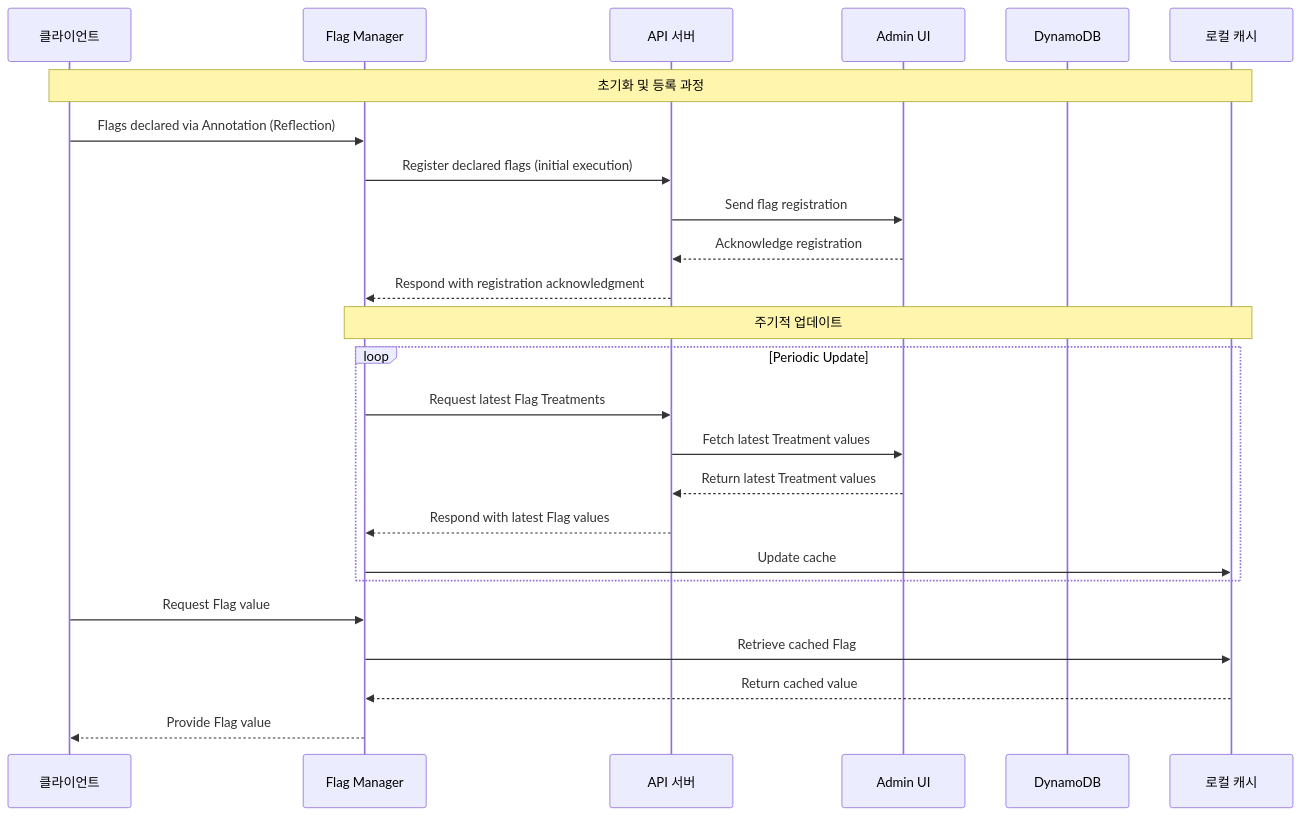
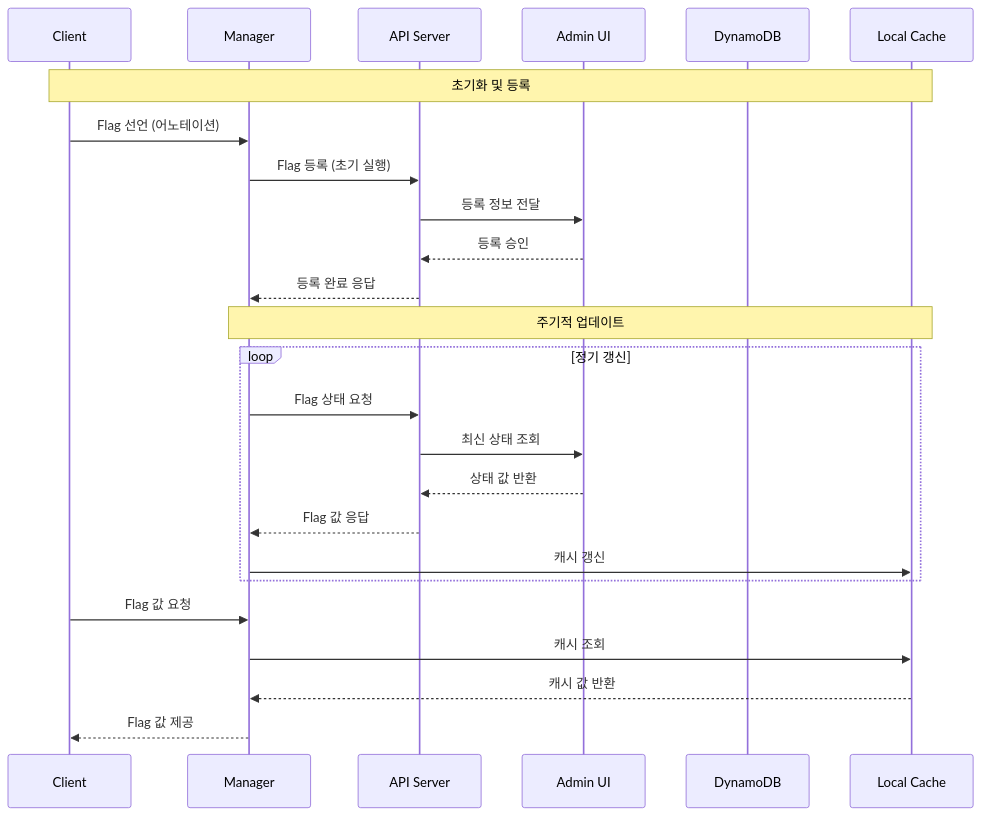
The diagram in _posts/2025-03-16-feature-flag.md (yeokyeong-yoon/yeokyeong-yoon.github.io), drawn with Mermaid before and after one commit. The commit also changed other lines of this file and 1 other file, not shown here.

Commit message:
Resize mermaid diagram

````diff
--- a/_posts/2025-03-16-feature-flag.md
+++ b/_posts/2025-03-16-feature-flag.md
@@ -19,30 +26,30 @@
 ```mermaid
 sequenceDiagram
-    participant Client as 클라이언트
-    participant Manager as Flag Manager
-    participant API as API 서버
-    participant Admin as Admin UI
-    participant DB as DynamoDB
-    participant Cache as 로컬 캐시
+    participant C as Client
+    participant M as Manager
+    participant A as API Server
+    participant U as Admin UI
+    participant D as DynamoDB
+    participant L as Local Cache
 
-    Note over Client,Cache: 초기화 및 등록 과정
-    Client->>Manager: Flags declared via Annotation (Reflection)
-    Manager->>API: Register declared flags (initial execution)
-    API->>Admin: Send flag registration
-    Admin-->>API: Acknowledge registration
-    API-->>Manager: Respond with registration acknowledgment
+    Note over C,L: 초기화 및 등록
+    C->>M: Flag 선언 (어노테이션)
+    M->>A: Flag 등록 (초기 실행)
+    A->>U: 등록 정보 전달
+    U-->>A: 등록 승인
+    A-->>M: 등록 완료 응답
 
-    Note over Manager,Cache: 주기적 업데이트
-    loop Periodic Update
-        Manager->>API: Request latest Flag Treatments
-        API->>Admin: Fetch latest Treatment values
-        Admin-->>API: Return latest Treatment values
-        API-->>Manager: Respond with latest Flag values
-        Manager->>Cache: Update cache
+    Note over M,L: 주기적 업데이트
+    loop 정기 갱신
+        M->>A: Flag 상태 요청
+        A->>U: 최신 상태 조회
+        U-->>A: 상태 값 반환
+        A-->>M: Flag 값 응답
+        M->>L: 캐시 갱신
     end
 
-    Client->>Manager: Request Flag value
-    Manager->>Cache: Retrieve cached Flag
-    Cache-->>Manager: Return cached value
-    Manager-->>Client: Provide Flag value
+    C->>M: Flag 값 요청
+    M->>L: 캐시 조회
+    L-->>M: 캐시 값 반환
+    M-->>C: Flag 값 제공
 ```
````
